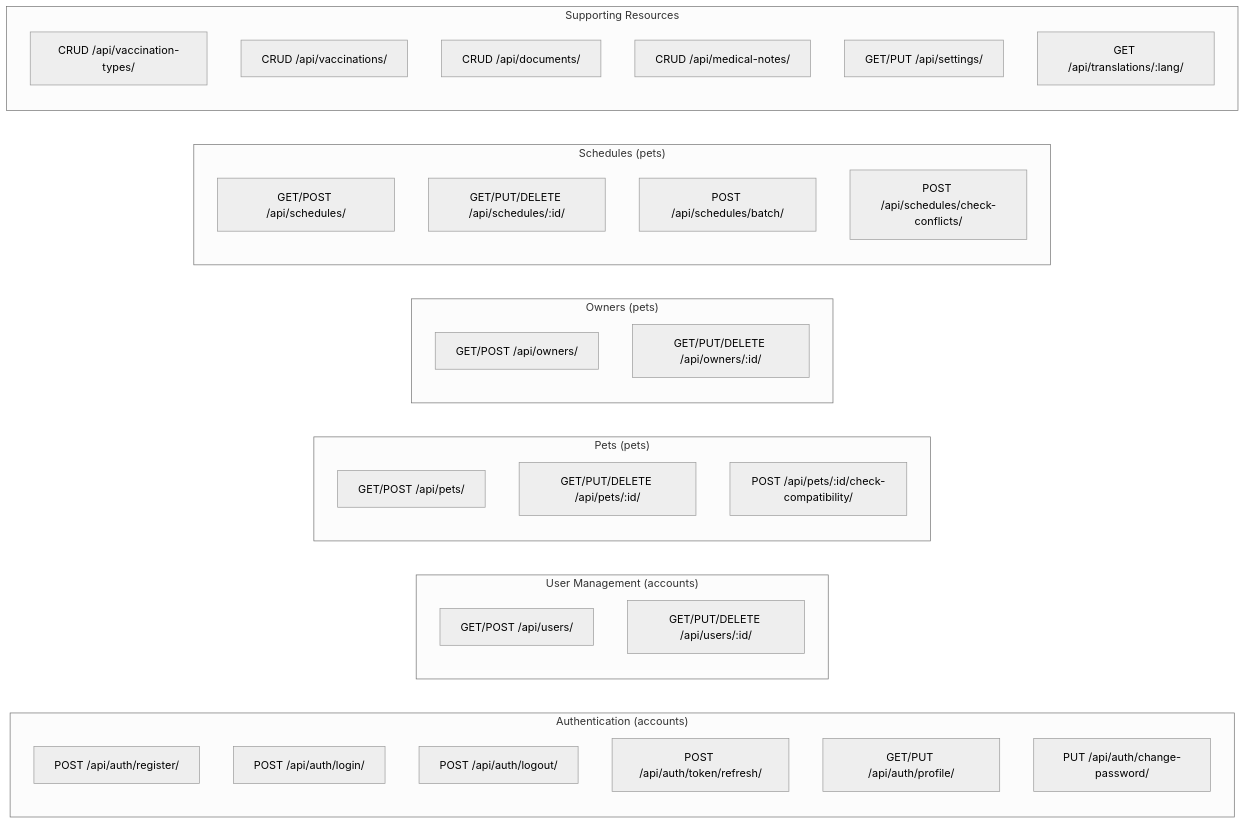
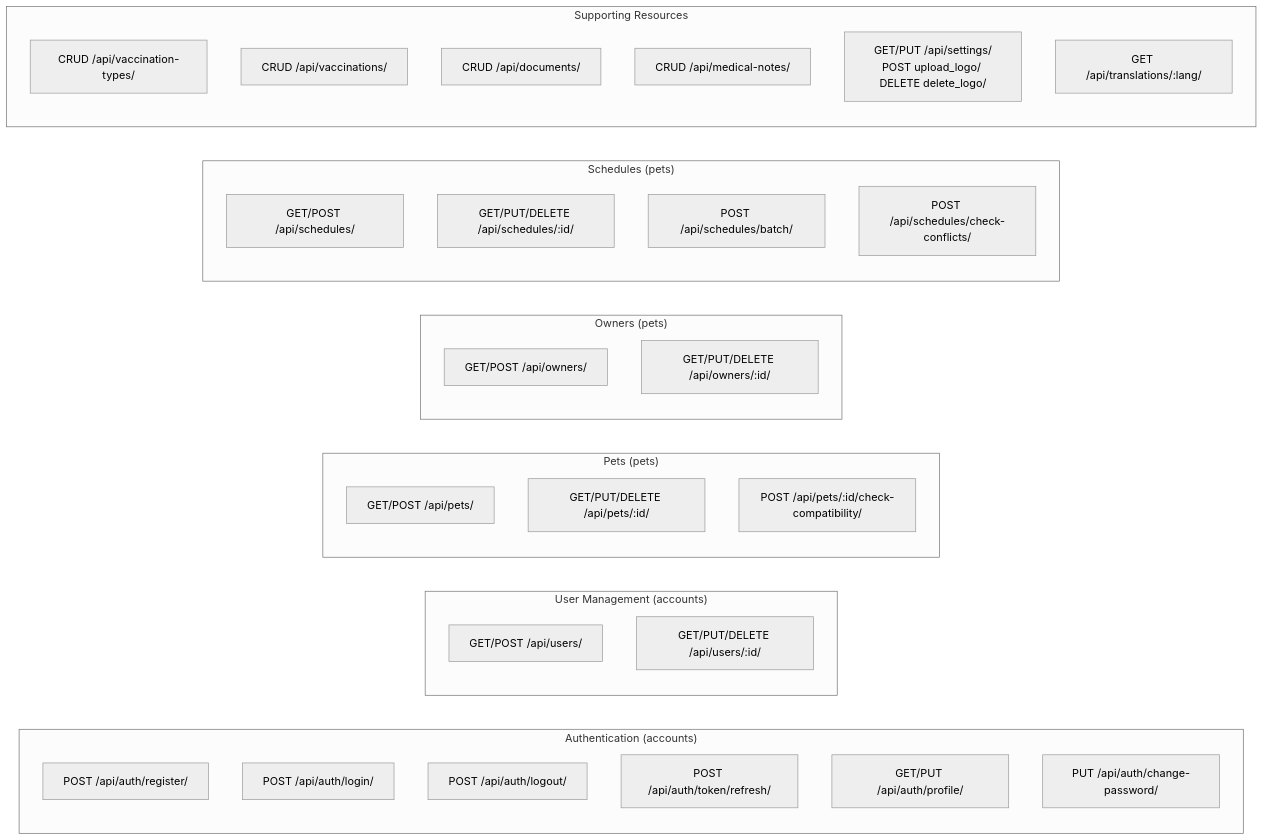
One commit to maxi3390/happydogs-calendar changed the ninth of 10 diagrams in docs/docs/architecture.md. Above: the diagram before and after it, drawn with Mermaid (neutral theme). The commit also changed other lines of this file and 5 other files, not shown here.

````diff
--- a/docs/docs/architecture.md
+++ b/docs/docs/architecture.md
@@ -491,43 +492,43 @@
 ```mermaid
 graph LR
     subgraph "Authentication (accounts)"
         A1["POST /api/auth/register/"]
         A2["POST /api/auth/login/"]
         A3["POST /api/auth/logout/"]
         A4["POST /api/auth/token/refresh/"]
         A5["GET/PUT /api/auth/profile/"]
         A6["PUT /api/auth/change-password/"]
     end
 
     subgraph "User Management (accounts)"
         U1["GET/POST /api/users/"]
         U2["GET/PUT/DELETE /api/users/:id/"]
     end
 
     subgraph "Pets (pets)"
         P1["GET/POST /api/pets/"]
         P2["GET/PUT/DELETE /api/pets/:id/"]
         P3["POST /api/pets/:id/check-compatibility/"]
     end
 
     subgraph "Owners (pets)"
         O1["GET/POST /api/owners/"]
         O2["GET/PUT/DELETE /api/owners/:id/"]
     end
 
     subgraph "Schedules (pets)"
         S1["GET/POST /api/schedules/"]
         S2["GET/PUT/DELETE /api/schedules/:id/"]
         S3["POST /api/schedules/batch/"]
         S4["POST /api/schedules/check-conflicts/"]
     end
 
     subgraph "Supporting Resources"
         V1["CRUD /api/vaccination-types/"]
         V2["CRUD /api/vaccinations/"]
         D1["CRUD /api/documents/"]
         M1["CRUD /api/medical-notes/"]
-        NS["GET/PUT /api/settings/"]
+        NS["GET/PUT /api/settings/<br/>POST upload_logo/ DELETE delete_logo/"]
         T1["GET /api/translations/:lang/"]
     end
 ```
````
